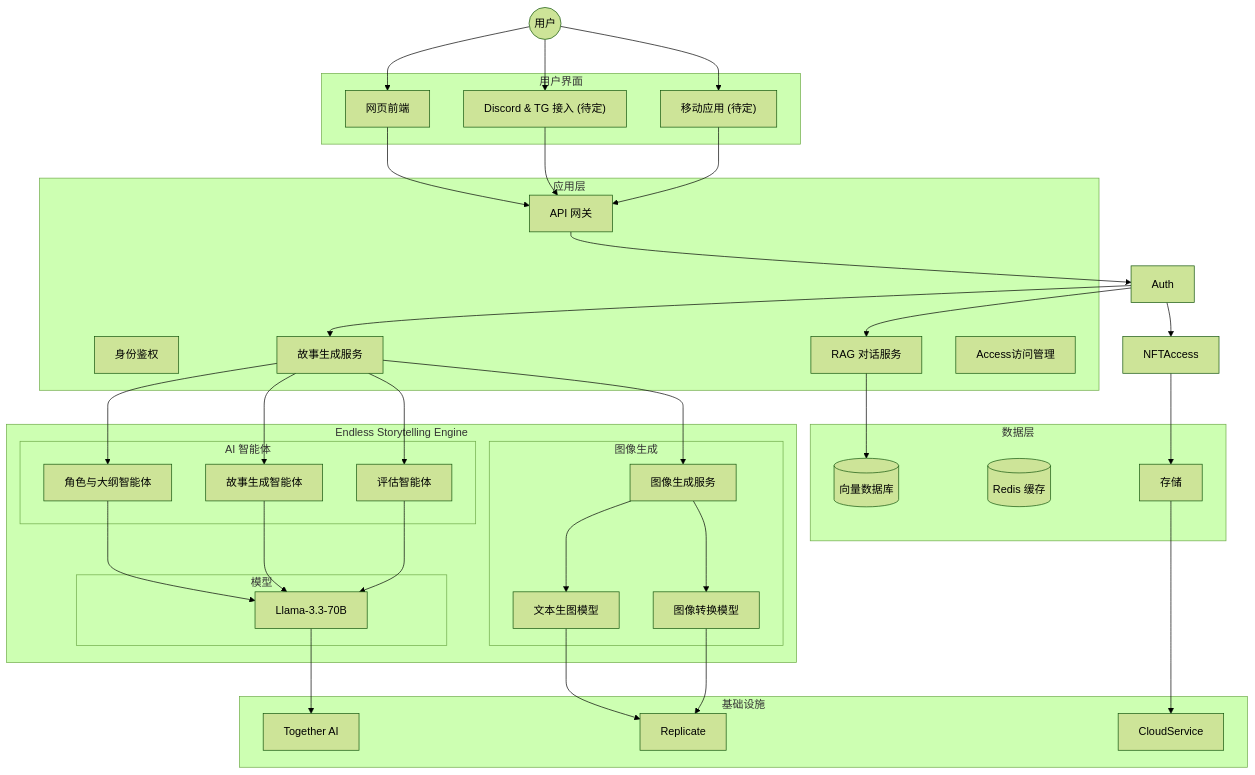
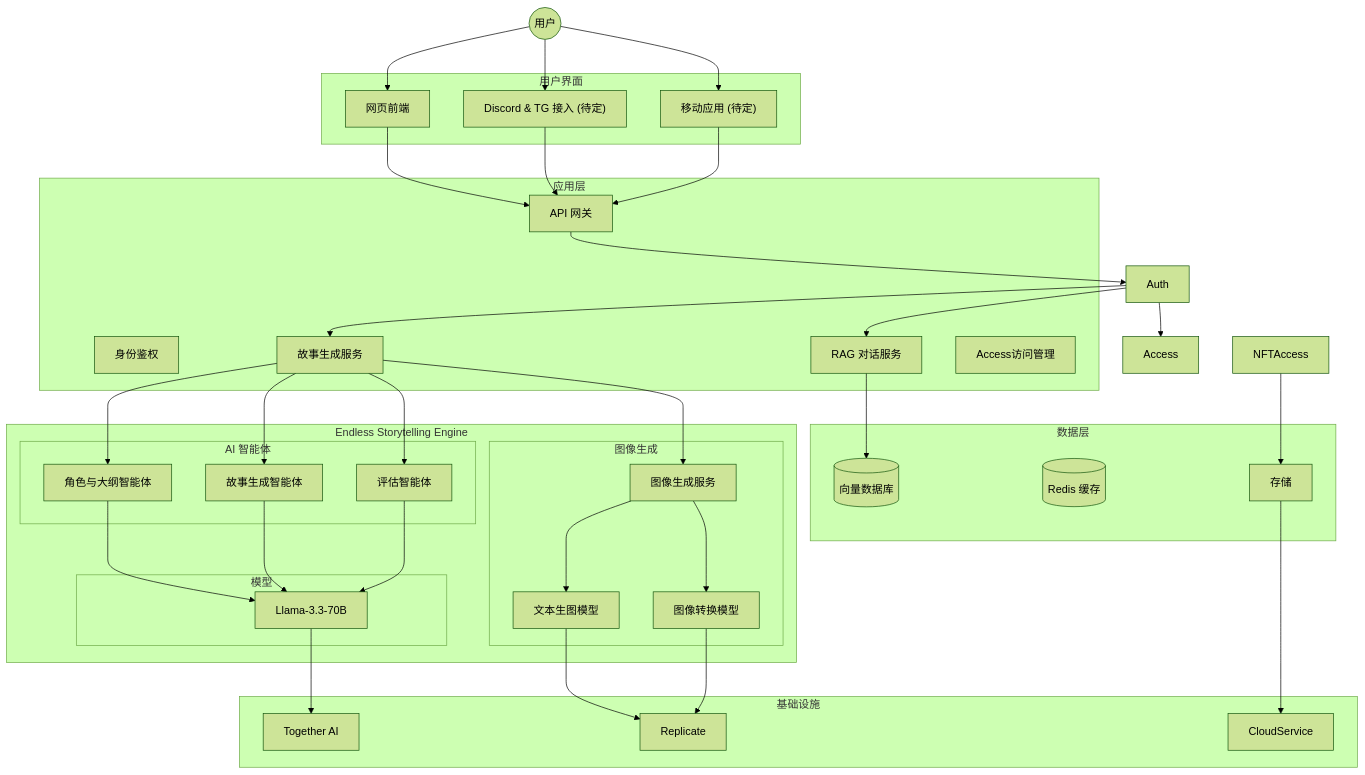
One commit to WyseOS/fictionx-story-gen changed the first of 2 diagrams in README.zh-cn.md. Above: the diagram before and after it, drawn with Mermaid (forest theme).

````diff
--- a/README.zh-cn.md
+++ b/README.zh-cn.md
@@ -39,77 +39,77 @@
 ```mermaid
 graph TB
     User((用户)) --> Frontpage
     User --> Social
     User --> Mobile
 
     subgraph "用户界面"
         Frontpage["网页前端"]
         Social["Discord & TG 接入 (待定)"]
         Mobile["移动应用 (待定)"]
     end
 
     subgraph "应用层"
         API[API 网关]
         oAuth2[身份鉴权]
         StoryGen[故事生成服务]
         Chat[RAG 对话服务]
         AuthAccess[Access访问管理]
     end
 
     subgraph "Endless Storytelling Engine"
         subgraph "AI 智能体"
             COA[角色与大纲智能体]
             SGA[故事生成智能体]
             EA[评估智能体]
         end
         
         subgraph "图像生成"
             ImgGen[图像生成服务]
             T2I[文本生图模型]
             I2I[图像转换模型]
         end
         
         subgraph "模型"
             LLM[Llama-3.3-70B]
         end
     end
 
     subgraph "数据层"
         VDB[(向量数据库)]
         Cache[(Redis 缓存)]
         BC[存储]
     end
 
     subgraph "基础设施"
         Together[Together AI]
         Replicate[Replicate]
         Cloud[CloudService]
     end
 
     Frontpage --> API
     Social --> API
     Mobile --> API
     API --> Auth
     Auth --> StoryGen
     Auth --> Chat
-    Auth --> NFTAccess
+    Auth --> Access
     
     StoryGen --> COA
     StoryGen --> SGA
     StoryGen --> EA
     StoryGen --> ImgGen
     ImgGen --> T2I
     ImgGen --> I2I
     Chat --> VDB
     
     COA --> LLM
     SGA --> LLM
     EA --> LLM
     
     LLM --> Together
     T2I --> Replicate
     I2I --> Replicate
     
     NFTAccess --> BC
     BC --> Cloud
 ```
````
